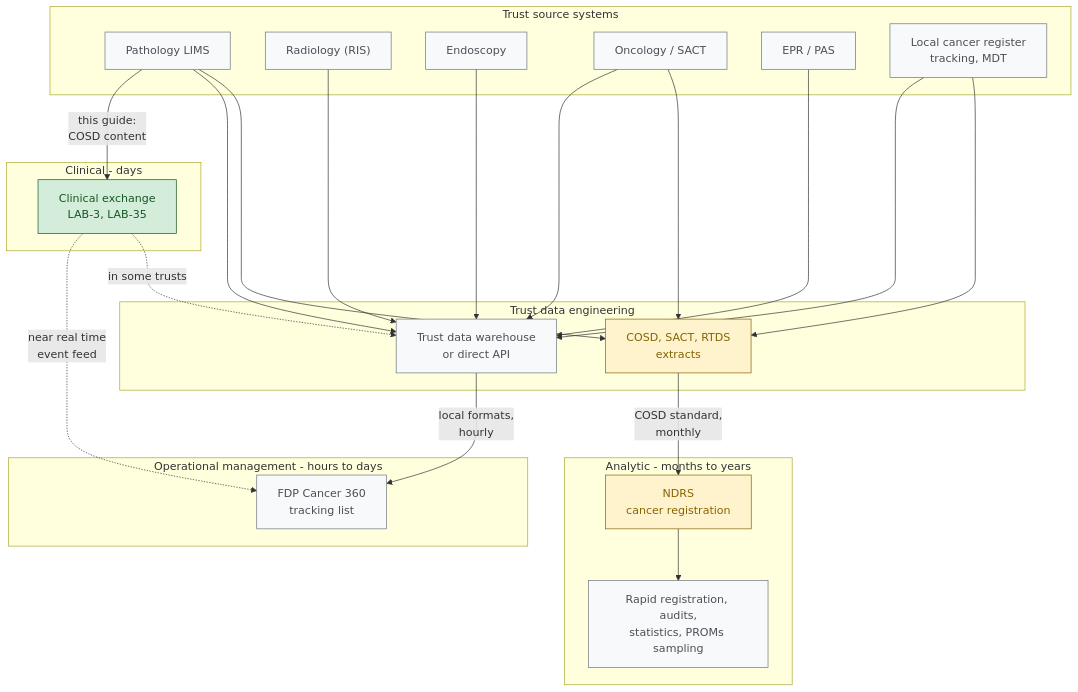
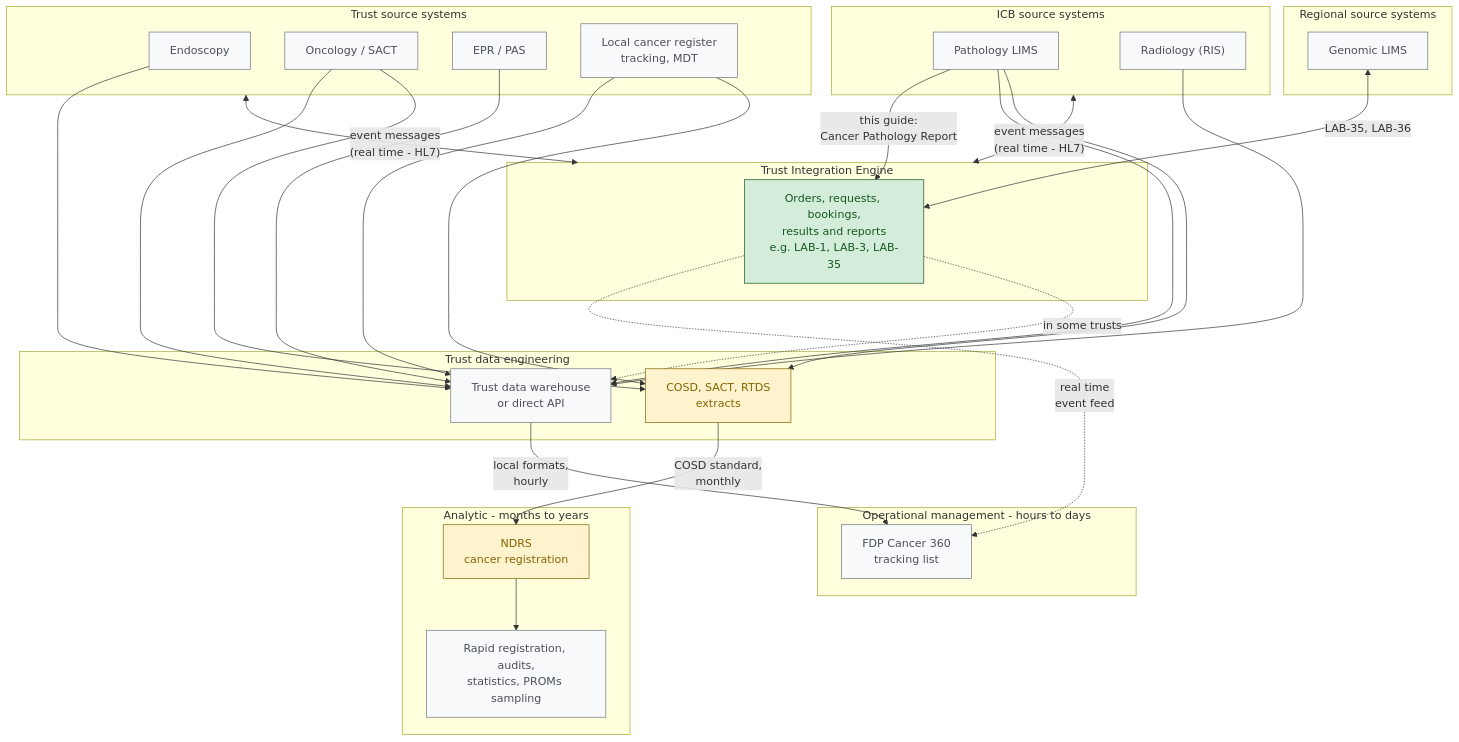
Before and after one commit to nw-gmsa/CancerPathologyReport: the second of 2 diagrams in input/pagecontent/CancerPathway.md, drawn with Mermaid. The commit also changed other lines of this file, not shown here.

First line of the commit message:
Cancer Pathway: Trust Integration Engine and regional/ICB source systems

````diff
--- a/input/pagecontent/CancerPathway.md
+++ b/input/pagecontent/CancerPathway.md
@@ -269,45 +281,55 @@
 ```mermaid
 flowchart TB
-    subgraph SRC["Trust source systems"]
+    subgraph REG["Regional source systems"]
+        GLIMS["Genomic LIMS"]
+    end
+
+    subgraph ICB["ICB source systems"]
         LIMS["Pathology LIMS"]
         RIS["Radiology (RIS)"]
+    end
+
+    subgraph SRC["Trust source systems"]
         ENDO["Endoscopy"]
         ONC["Oncology / SACT"]
         EPR["EPR / PAS"]
         CR["Local cancer register<br/>tracking, MDT"]
     end
 
     subgraph ENG["Trust data engineering"]
         DW["Trust data warehouse<br/>or direct API"]
         EXT["COSD, SACT, RTDS<br/>extracts"]
     end
 
-    subgraph CLIN["Clinical - days"]
-        OPX["Clinical exchange<br/>LAB-3, LAB-35"]
+    subgraph CLIN["Trust Integration Engine"]
+        OPX["Orders, requests, bookings,<br/>results and reports<br/>e.g. LAB-1, LAB-3, LAB-35"]
     end
 
     subgraph MGMT["Operational management - hours to days"]
         C360["FDP Cancer 360<br/>tracking list"]
     end
 
     subgraph ANA["Analytic - months to years"]
         NDRS["NDRS<br/>cancer registration"]
         OUT["Rapid registration, audits,<br/>statistics, PROMs sampling"]
     end
 
-    LIMS -->|"this guide:<br/>COSD content"| OPX
+    SRC <-->|"event messages<br/>(real time - HL7)"| CLIN
+    ICB <-->|"event messages<br/>(real time - HL7)"| CLIN
+    GLIMS <-->|"LAB-35, LAB-36"| OPX
+    LIMS -->|"this guide:<br/>Cancer Pathology Report"| OPX
     LIMS & RIS & ENDO & ONC & EPR & CR --> DW
     DW -->|"local formats,<br/>hourly"| C360
-    OPX -.->|"near real time<br/>event feed"| C360
+    OPX -.->|"real time<br/>event feed"| C360
     OPX -.->|"in some trusts"| DW
     LIMS & CR & ONC --> EXT
     EXT -->|"COSD standard,<br/>monthly"| NDRS
     NDRS --> OUT
 
     classDef inscope fill:#d4edda,stroke:#155724,color:#155724
     classDef cosd fill:#fff3cd,stroke:#856404,color:#856404
     classDef context fill:#f8f9fa,stroke:#6c757d,color:#495057
     class OPX inscope
     class EXT,NDRS cosd
-    class LIMS,RIS,ENDO,ONC,EPR,CR,DW,C360,OUT context
+    class GLIMS,LIMS,RIS,ENDO,ONC,EPR,CR,DW,C360,OUT context
 ```
````
